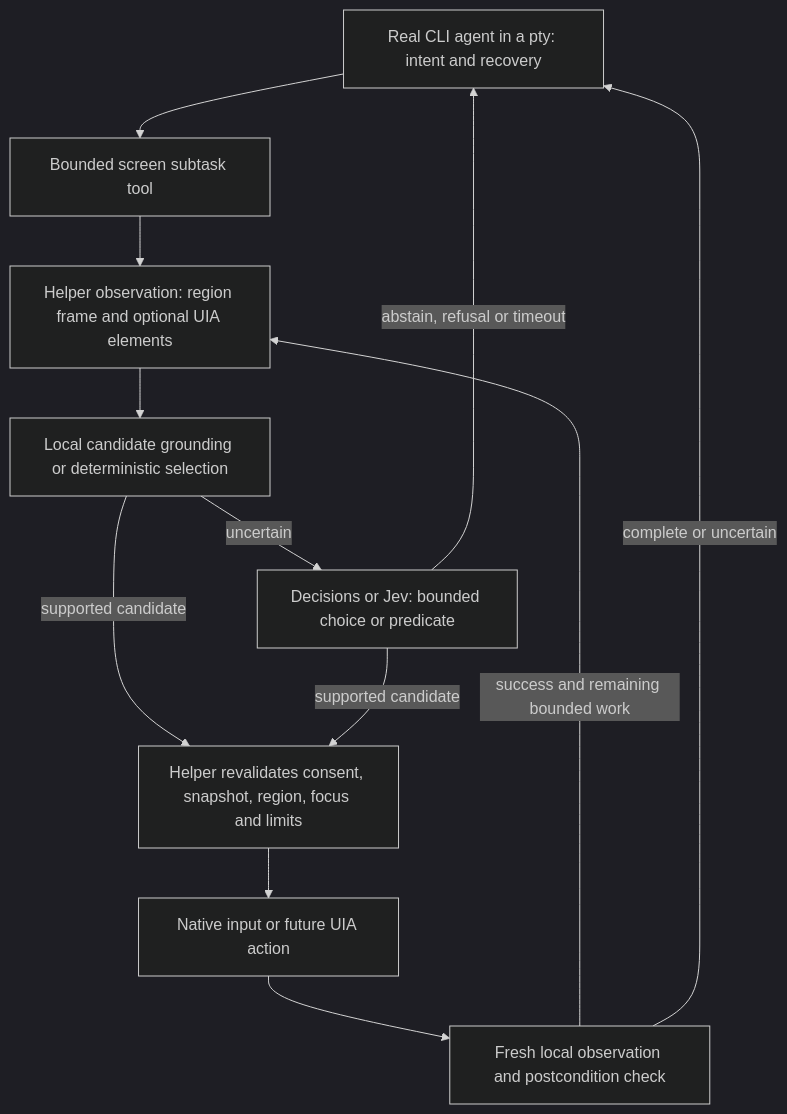
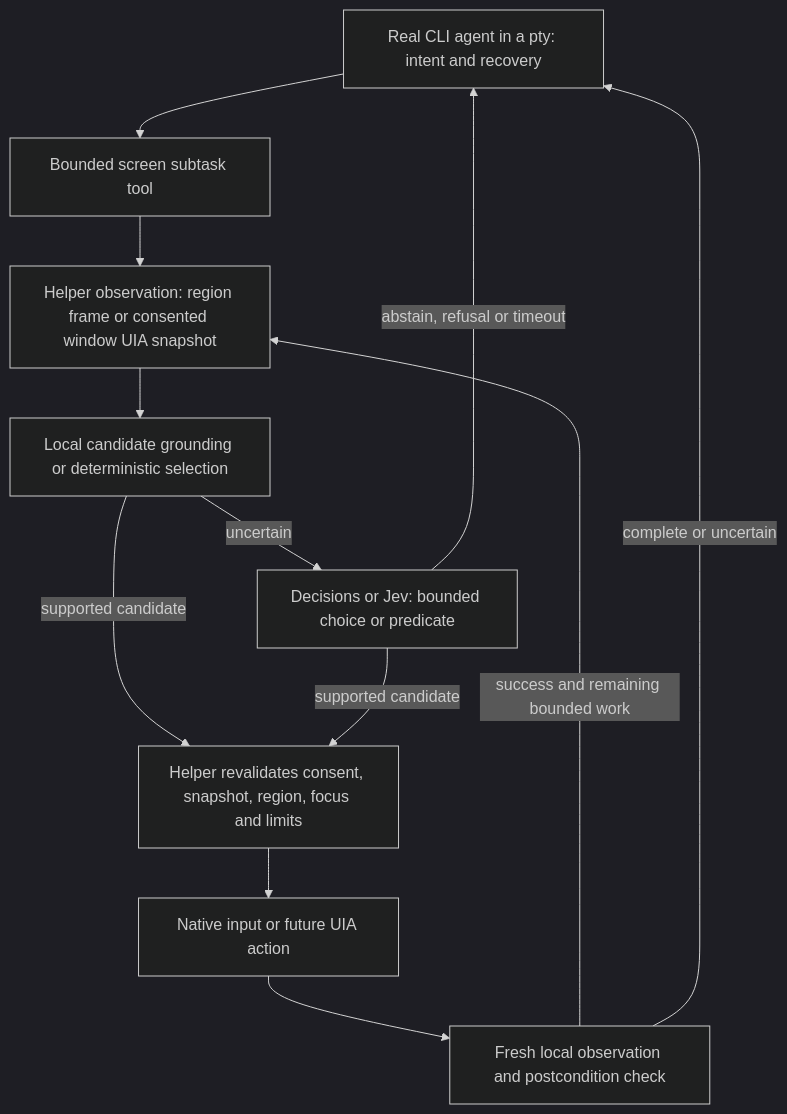
Before and after one commit to High-AiQ/partyline: the diagram in docs/research/computer-use-decision-models.md, drawn with Mermaid (dark theme). The commit also changed other lines of this file and 29 other files, not shown here.

Commit message:
feat(screen): add consented window UIA snapshots

````diff
--- a/docs/research/computer-use-decision-models.md
+++ b/docs/research/computer-use-decision-models.md
@@ -404,19 +404,19 @@
 ```mermaid
 flowchart TD
     CLI[Real CLI agent in a pty: intent and recovery]
     TOOL[Bounded screen subtask tool]
-    SNAP[Helper observation: region frame and optional UIA elements]
+    SNAP[Helper observation: region frame or consented window UIA snapshot]
     LOCAL[Local candidate grounding or deterministic selection]
     PAID[Decisions or Jev: bounded choice or predicate]
     GATE[Helper revalidates consent, snapshot, region, focus and limits]
     ACT[Native input or future UIA action]
     CHECK[Fresh local observation and postcondition check]
     CLI --> TOOL --> SNAP --> LOCAL
     LOCAL -->|supported candidate| GATE
     LOCAL -->|uncertain| PAID
     PAID -->|supported candidate| GATE
     PAID -->|abstain, refusal or timeout| CLI
     GATE --> ACT --> CHECK
     CHECK -->|success and remaining bounded work| SNAP
     CHECK -->|complete or uncertain| CLI
 ```
````
